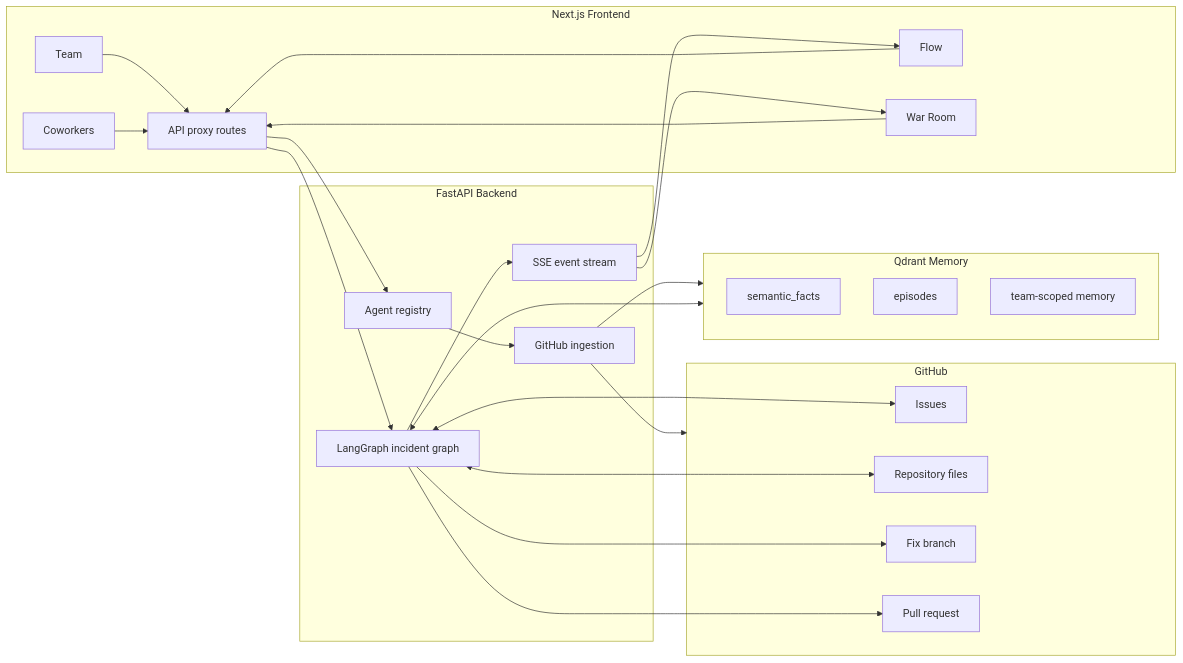
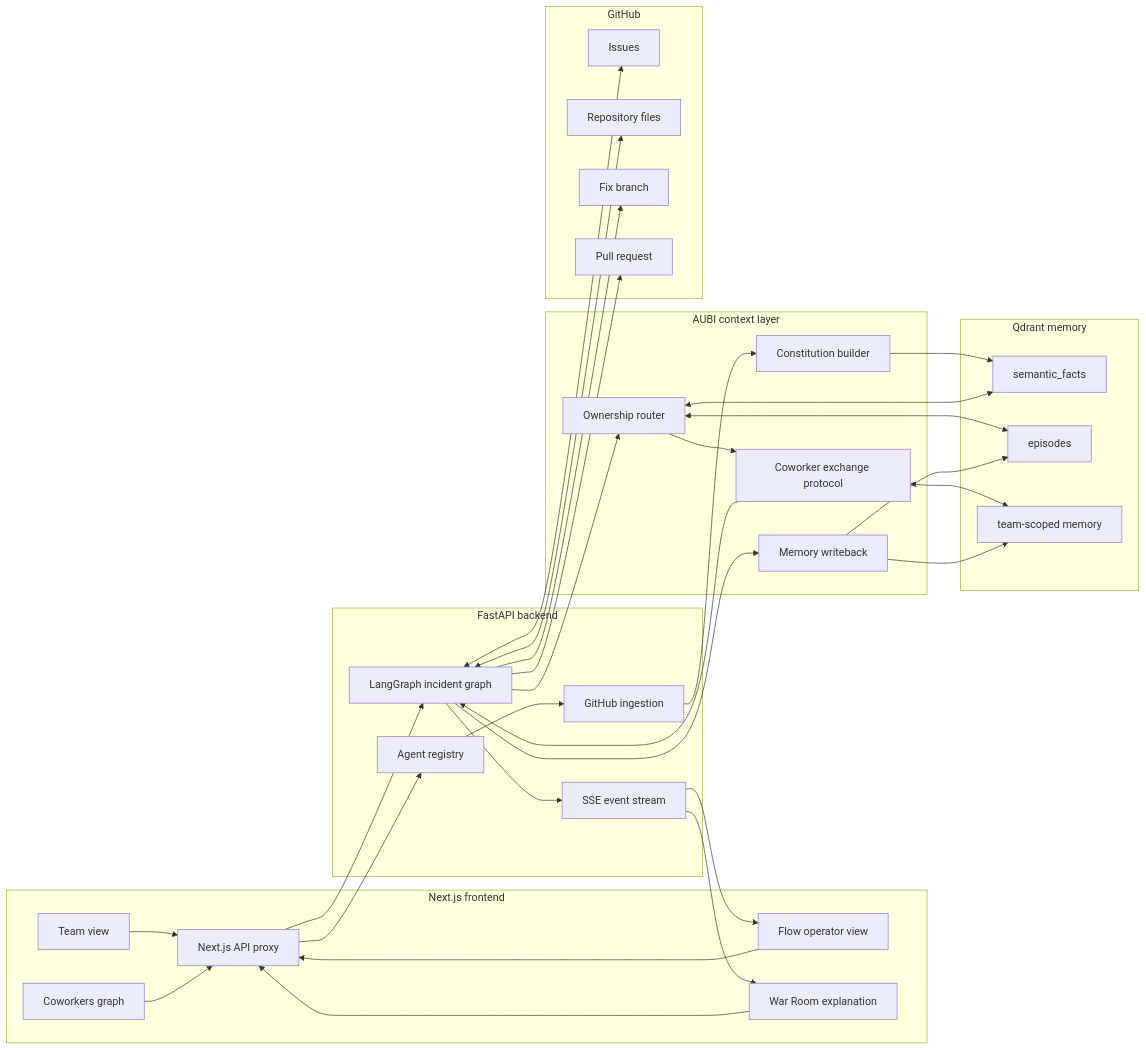
One commit to Neilyoo98/GDSC-Hackathon changed the third of 9 diagrams in README.md. Above: the diagram before and after it, drawn with Mermaid. The commit also changed other lines of this file, not shown here.

Commit message:
Strengthen README technical positioning

````diff
--- a/README.md
+++ b/README.md
@@ -123,48 +183,67 @@
 ```mermaid
 flowchart LR
-    subgraph UI["Next.js Frontend"]
-        team["Team"]
-        coworkers["Coworkers"]
-        flow["Flow"]
-        warroom["War Room"]
-        proxy["API proxy routes"]
+    subgraph frontendBox["Next.js frontend"]
+        teamView["Team view"]
+        coworkerView["Coworkers graph"]
+        flowView["Flow operator view"]
+        warRoomView["War Room explanation"]
+        apiProxy["Next.js API proxy"]
     end
 
-    subgraph API["FastAPI Backend"]
-        agents["Agent registry"]
+    subgraph backendBox["FastAPI backend"]
+        agentRegistry["Agent registry"]
         incidentGraph["LangGraph incident graph"]
-        ingest["GitHub ingestion"]
-        sse["SSE event stream"]
+        githubIngest["GitHub ingestion"]
+        eventStream["SSE event stream"]
     end
 
-    subgraph Memory["Qdrant Memory"]
-        facts["semantic_facts"]
-        episodes["episodes"]
-        teamMemory["team-scoped memory"]
+    subgraph contextBox["AUBI context layer"]
+        constitutionBuilder["Constitution builder"]
+        ownershipRouter["Ownership router"]
+        coworkerProtocol["Coworker exchange protocol"]
+        memoryWriter["Memory writeback"]
     end
 
-    subgraph GitHub["GitHub"]
-        issues["Issues"]
-        files["Repository files"]
-        branch["Fix branch"]
-        pr["Pull request"]
+    subgraph memoryBox["Qdrant memory"]
+        semanticFacts["semantic_facts"]
+        episodeStore["episodes"]
+        teamStore["team-scoped memory"]
     end
 
-    team --> proxy
-    coworkers --> proxy
-    flow --> proxy
-    warroom --> proxy
-    proxy --> agents
-    proxy --> incidentGraph
-    incidentGraph --> sse
-    sse --> flow
-    sse --> warroom
-    agents --> ingest
-    ingest --> GitHub
-    ingest --> Memory
-    incidentGraph <--> Memory
-    incidentGraph <--> issues
-    incidentGraph <--> files
-    incidentGraph --> branch
-    incidentGraph --> pr
+    subgraph githubBox["GitHub"]
+        ghIssues["Issues"]
+        ghFiles["Repository files"]
+        ghBranch["Fix branch"]
+        ghPr["Pull request"]
+    end
+
+    teamView --> apiProxy
+    coworkerView --> apiProxy
+    flowView --> apiProxy
+    warRoomView --> apiProxy
+
+    apiProxy --> agentRegistry
+    apiProxy --> incidentGraph
+    incidentGraph --> eventStream
+    eventStream --> flowView
+    eventStream --> warRoomView
+
+    agentRegistry --> githubIngest
+    githubIngest --> constitutionBuilder
+    constitutionBuilder --> semanticFacts
+
+    incidentGraph --> ownershipRouter
+    ownershipRouter <--> semanticFacts
+    ownershipRouter <--> episodeStore
+    ownershipRouter --> coworkerProtocol
+    coworkerProtocol <--> teamStore
+    coworkerProtocol --> incidentGraph
+    incidentGraph --> memoryWriter
+    memoryWriter --> episodeStore
+    memoryWriter --> teamStore
+
+    incidentGraph <--> ghIssues
+    incidentGraph <--> ghFiles
+    incidentGraph --> ghBranch
+    incidentGraph --> ghPr
 ```
````
